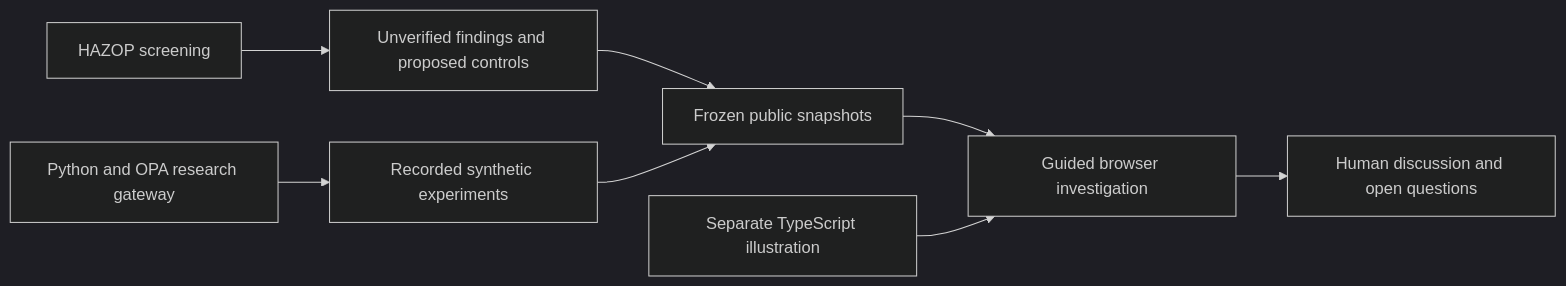
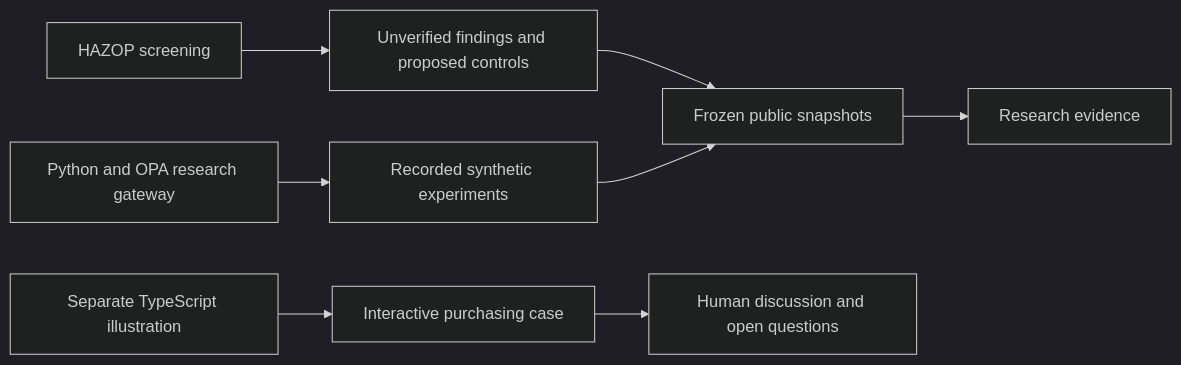
The diagram in README.md (SafetyMP/Agentic-Process-Safety), drawn with Mermaid (dark theme) before and after one commit. The commit also changed other lines of this file and 42 other files, not shown here.

````diff
--- a/README.md
+++ b/README.md
@@ -63,10 +56,10 @@
 ```mermaid
 flowchart LR
   H[HAZOP screening] --> F[Unverified findings and proposed controls]
   G[Python and OPA research gateway] --> E[Recorded synthetic experiments]
   F --> S[Frozen public snapshots]
   E --> S
-  S --> U[Guided browser investigation]
-  M[Separate TypeScript illustration] --> U
+  S --> R[Research evidence]
+  M[Separate TypeScript illustration] --> U[Interactive purchasing case]
   U --> D[Human discussion and open questions]
 ```
````
